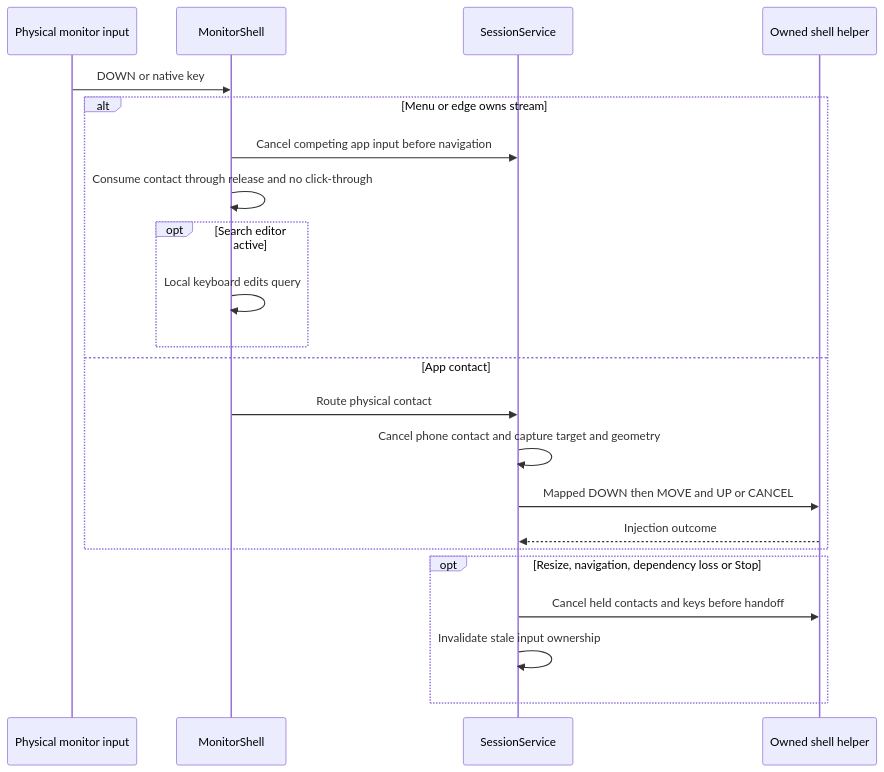
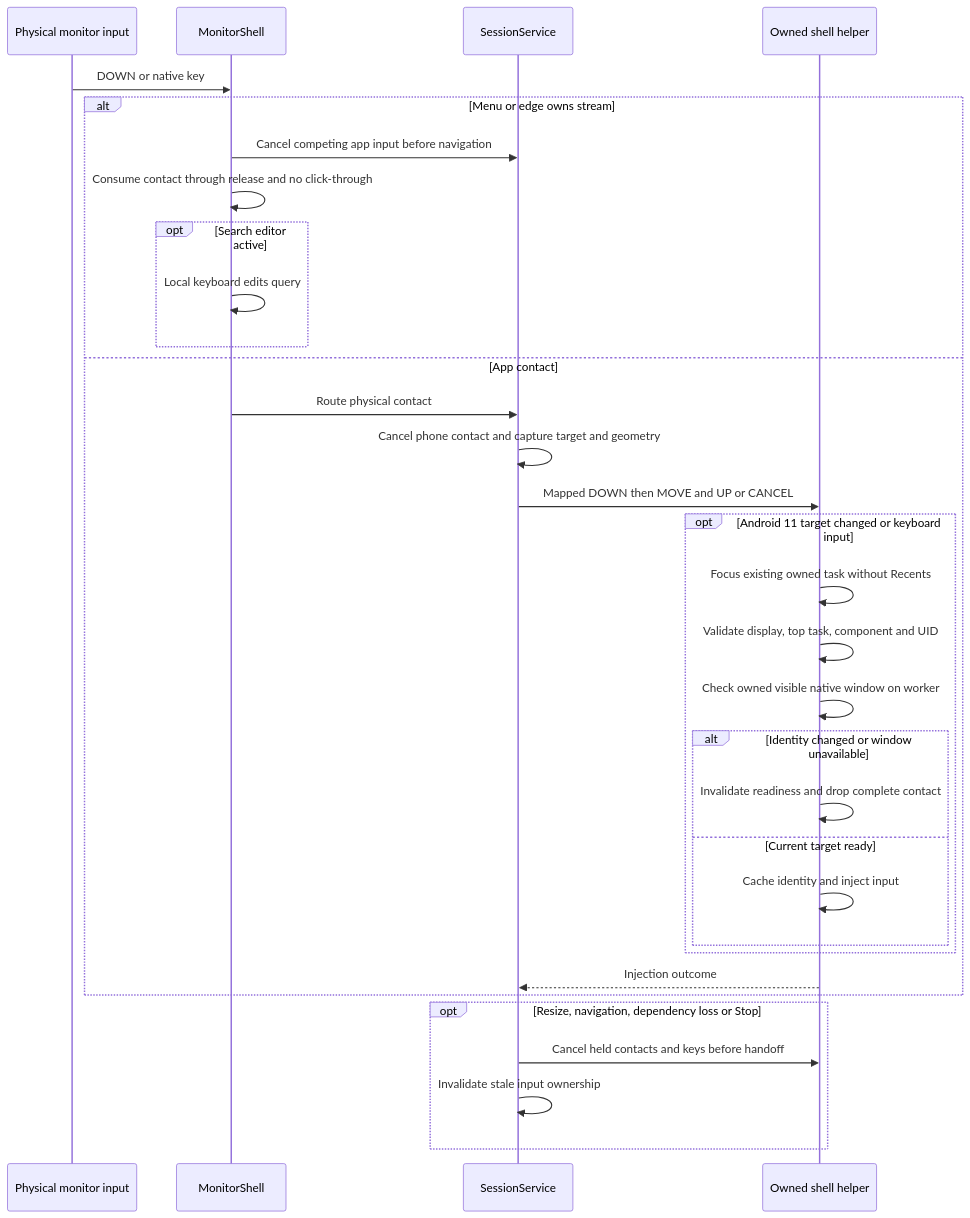
The second of 2 diagrams in docs/architecture/features/input-and-navigation.md (PhiLong-Ho/DexDroid), drawn with Mermaid before and after one commit. The commit also changed other lines of this file and 22 other files, not shown here.

Commit message:
Fix Android 11 split navigation preserving controller focus (#4)

````diff
--- a/docs/architecture/features/input-and-navigation.md
+++ b/docs/architecture/features/input-and-navigation.md
@@ -28,24 +30,34 @@
 ```mermaid
 sequenceDiagram
     participant Physical as Physical monitor input
     participant M as MonitorShell
     participant S as SessionService
     participant D as Owned shell helper
     Physical->>M: DOWN or native key
     alt Menu or edge owns stream
         M->>S: Cancel competing app input before navigation
         M->>M: Consume contact through release and no click-through
         opt Search editor active
             M->>M: Local keyboard edits query
         end
     else App contact
         M->>S: Route physical contact
         S->>S: Cancel phone contact and capture target and geometry
         S->>D: Mapped DOWN then MOVE and UP or CANCEL
+        opt Android 11 target changed or keyboard input
+            D->>D: Focus existing owned task without Recents
+            D->>D: Validate display, top task, component and UID
+            D->>D: Check owned visible native window on worker
+            alt Identity changed or window unavailable
+                D->>D: Invalidate readiness and drop complete contact
+            else Current target ready
+                D->>D: Cache identity and inject input
+            end
+        end
         D-->>S: Injection outcome
     end
     opt Resize, navigation, dependency loss or Stop
         S->>D: Cancel held contacts and keys before handoff
         S->>S: Invalidate stale input ownership
     end
 ```
````
